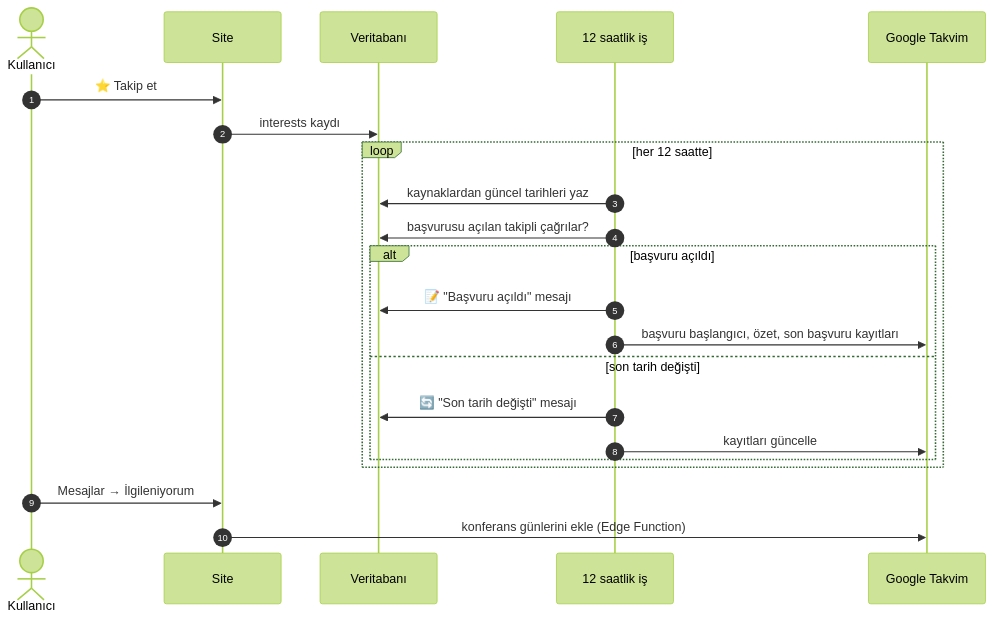
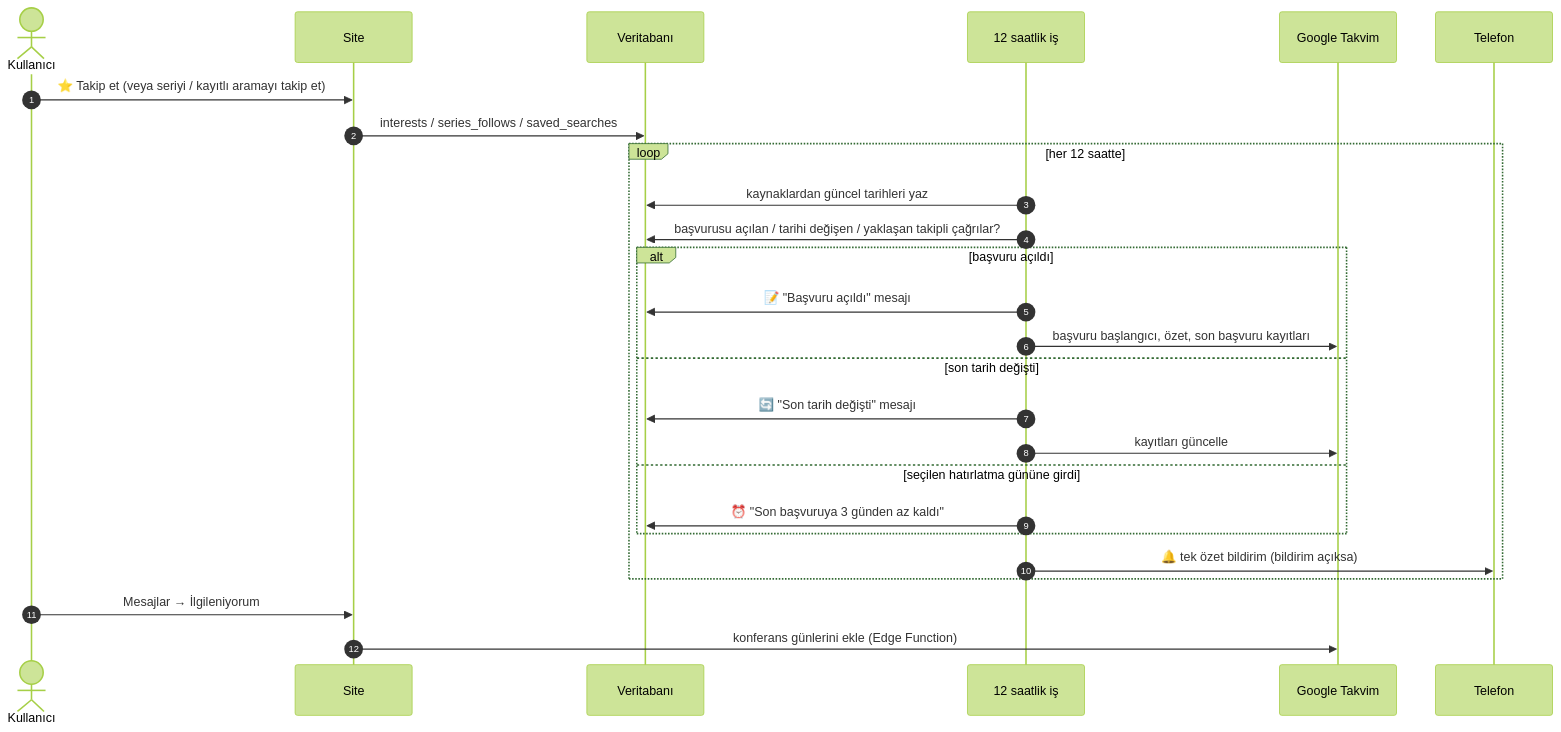
Before and after one commit to SafakSahinn/cfp-calendar: the third of 4 diagrams in docs/MIMARI.md, drawn with Mermaid (forest theme). The commit also changed other lines of this file, not shown here.

Commit message:
docs: architecture update (storage and photo approval, push, Turkish series, quality rules, backup, data model, security principles, job pipeline)

````diff
--- a/docs/MIMARI.md
+++ b/docs/MIMARI.md
@@ -54,25 +82,29 @@
 ```mermaid
 sequenceDiagram
   autonumber
   actor K as Kullanıcı
   participant W as Site
   participant DB as Veritabanı
   participant J as 12 saatlik iş
   participant G as Google Takvim
+  participant T as Telefon
 
-  K->>W: ⭐ Takip et
-  W->>DB: interests kaydı
+  K->>W: ⭐ Takip et (veya seriyi / kayıtlı aramayı takip et)
+  W->>DB: interests / series_follows / saved_searches
   loop her 12 saatte
     J->>DB: kaynaklardan güncel tarihleri yaz
-    J->>DB: başvurusu açılan takipli çağrılar?
+    J->>DB: başvurusu açılan / tarihi değişen / yaklaşan takipli çağrılar?
     alt başvuru açıldı
       J->>DB: 📝 "Başvuru açıldı" mesajı
       J->>G: başvuru başlangıcı, özet, son başvuru kayıtları
     else son tarih değişti
       J->>DB: 🔄 "Son tarih değişti" mesajı
       J->>G: kayıtları güncelle
+    else seçilen hatırlatma gününe girdi
+      J->>DB: ⏰ "Son başvuruya 3 günden az kaldı"
     end
+    J->>T: 🔔 tek özet bildirim (bildirim açıksa)
   end
   K->>W: Mesajlar → İlgileniyorum
   W->>G: konferans günlerini ekle (Edge Function)
 ```
````
